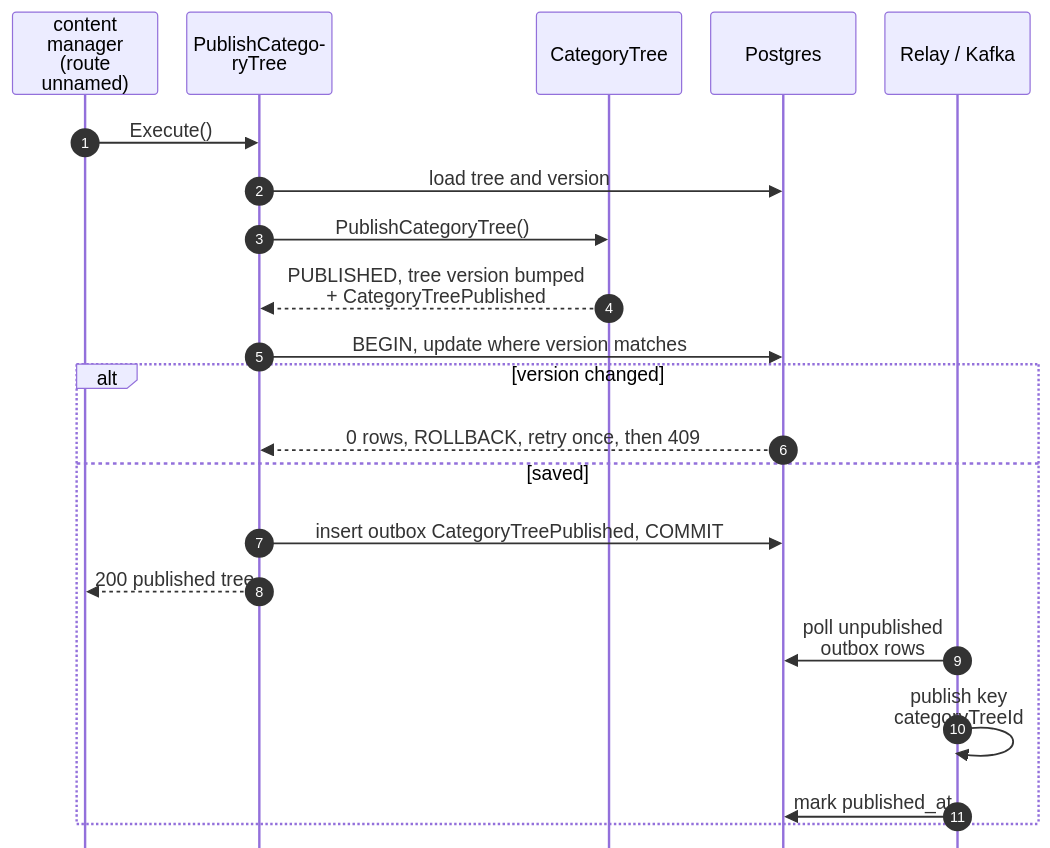
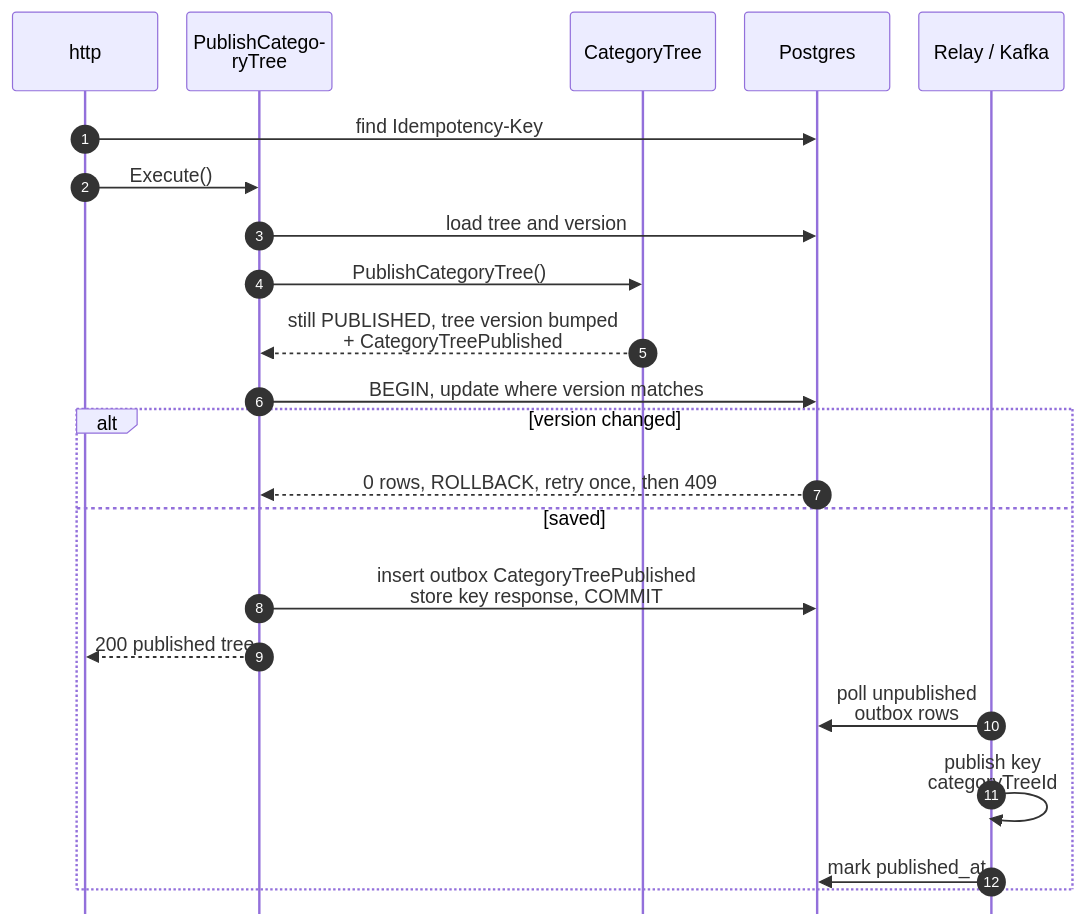
The ninth of 10 diagrams in storefront/docs/contexts/product-content/sequence-diagrams.md (IQVO/warehouse-docs), drawn with Mermaid before and after one commit. The commit also changed other lines of this file and 16 other files, not shown here.

````diff
--- a/storefront/docs/contexts/product-content/sequence-diagrams.md
+++ b/storefront/docs/contexts/product-content/sequence-diagrams.md
@@ -414,24 +428,25 @@
 ```mermaid
 %%{init: {"sequence": {"wrap": true, "width": 120, "actorMargin": 24, "messageMargin": 28, "boxMargin": 6, "noteMargin": 6, "mirrorActors": false}}}%%
 sequenceDiagram
     autonumber
-    participant H as content manager (route unnamed)
+    participant H as http
     participant UC as PublishCategoryTree
     participant T as CategoryTree
     participant DB as Postgres
     participant K as Relay / Kafka
+    H->>DB: find Idempotency-Key
     H->>UC: Execute()
     UC->>DB: load tree and version
     UC->>T: PublishCategoryTree()
-    T-->>UC: PUBLISHED, tree version bumped<br/>+ CategoryTreePublished
+    T-->>UC: still PUBLISHED, tree version bumped<br/>+ CategoryTreePublished
     UC->>DB: BEGIN, update where version matches
     alt version changed
         DB-->>UC: 0 rows, ROLLBACK, retry once, then 409
     else saved
-        UC->>DB: insert outbox CategoryTreePublished, COMMIT
+        UC->>DB: insert outbox CategoryTreePublished<br/>store key response, COMMIT
         UC-->>H: 200 published tree
         K->>DB: poll unpublished outbox rows
         K->>K: publish key categoryTreeId
         K->>DB: mark published_at
     end
 ```
````
